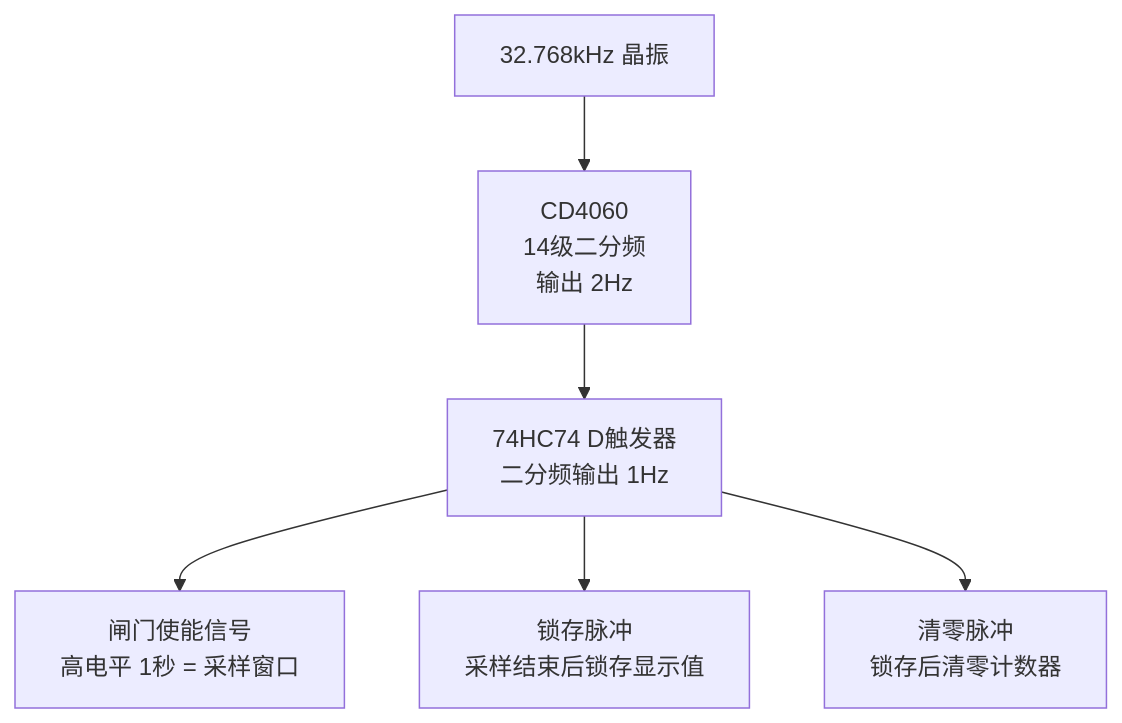
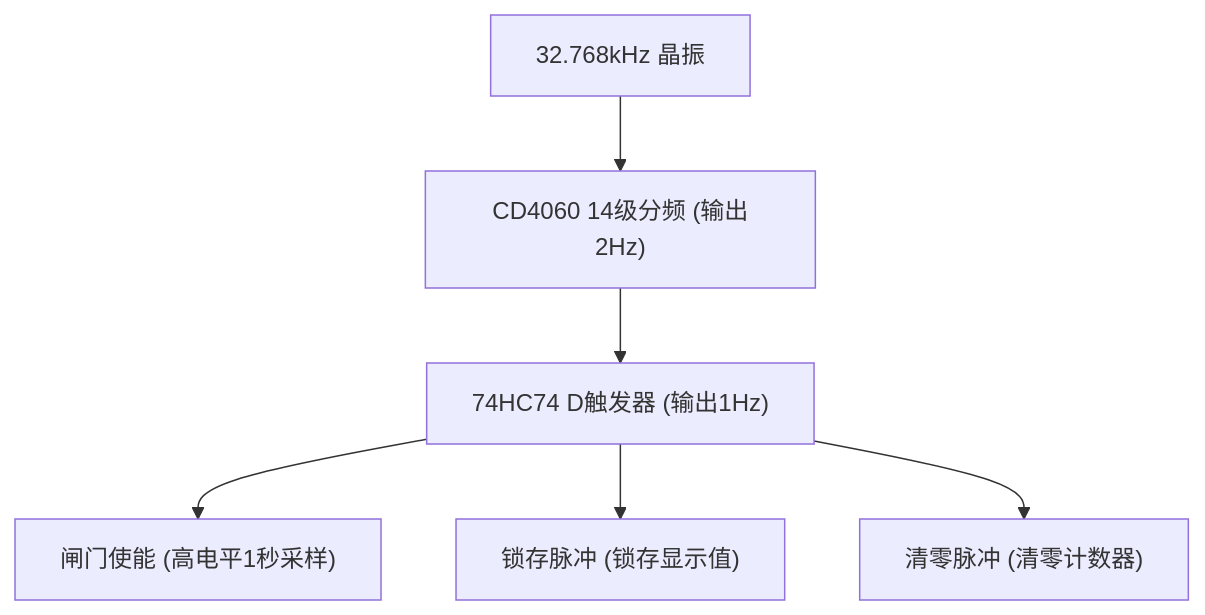
One commit to Ygreece/motor-pwm-controller changed the third of 3 diagrams in README.md. Above: the diagram before and after it, drawn with Mermaid. The commit also changed other lines of this file and 1 other file, not shown here.

Commit message:
fix: 移除Mermaid标签中的换行符

````diff
--- a/README.md
+++ b/README.md
@@ -49,8 +49,8 @@
 ```mermaid
 graph TD
-    A["32.768kHz 晶振"] --> B["CD4060\n14级二分频\n输出 2Hz"]
-    B --> C["74HC74 D触发器\n二分频输出 1Hz"]
-    C --> D["闸门使能信号\n高电平 1秒 = 采样窗口"]
-    C --> E["锁存脉冲\n采样结束后锁存显示值"]
-    C --> F["清零脉冲\n锁存后清零计数器"]
+    A["32.768kHz 晶振"] --> B["CD4060 14级分频 (输出2Hz)"]
+    B --> C["74HC74 D触发器 (输出1Hz)"]
+    C --> D["闸门使能 (高电平1秒采样)"]
+    C --> E["锁存脉冲 (锁存显示值)"]
+    C --> F["清零脉冲 (清零计数器)"]
 ```
````
